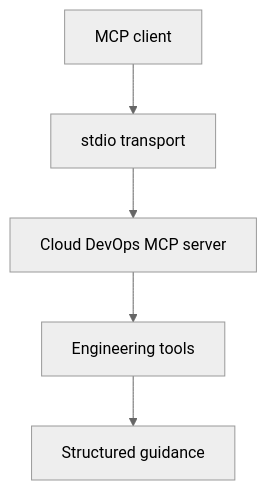
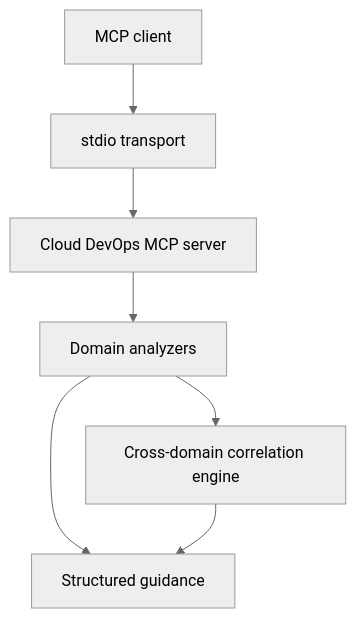
Before and after one commit to alexcgodwin/cloud-devops-mcp-server: the diagram in README.md, drawn with Mermaid (neutral theme). The commit also changed other lines of this file and 14 other files, not shown here.

Commit message:
Add cross-domain cloud change correlation (#4)

````diff
--- a/README.md
+++ b/README.md
@@ -57,7 +59,9 @@
 ```mermaid
 flowchart TD
   Client["MCP client"] --> Transport["stdio transport"]
   Transport --> Server["Cloud DevOps MCP server"]
-  Server --> Tools["Engineering tools"]
-  Tools --> Output["Structured guidance"]
+  Server --> DomainTools["Domain analyzers"]
+  DomainTools --> Correlator["Cross-domain correlation engine"]
+  DomainTools --> Output["Structured guidance"]
+  Correlator --> Output
 ```
````
